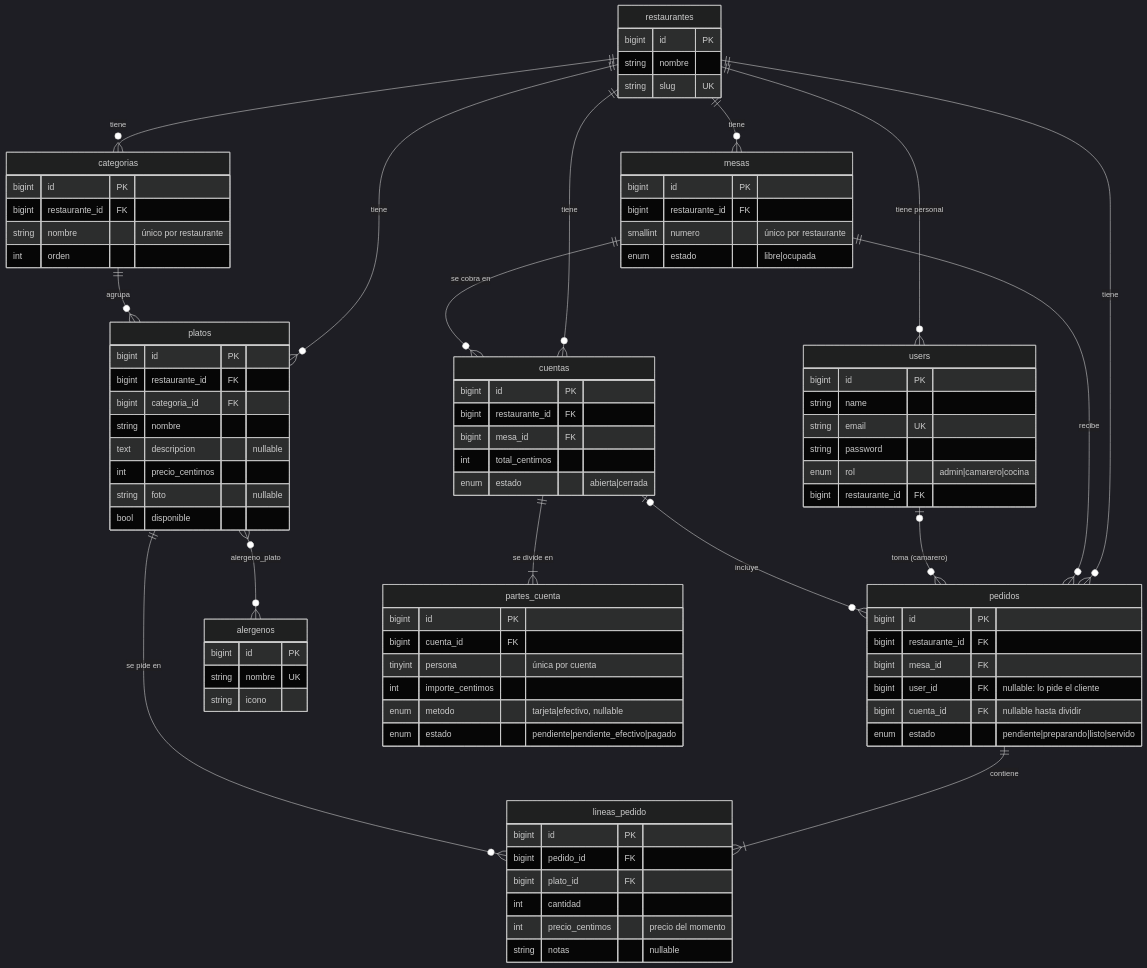
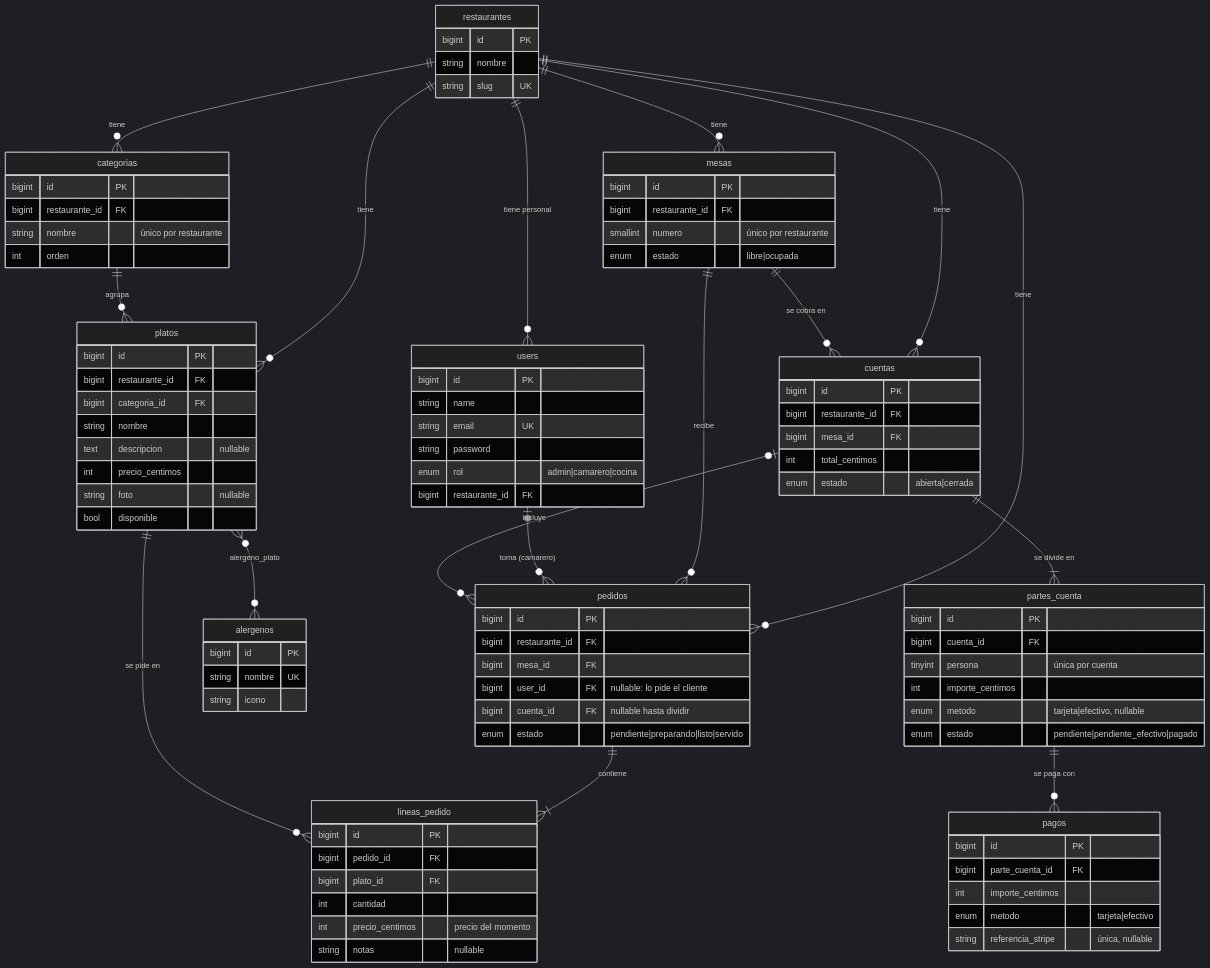
Before and after one commit to K1rb1-30/ProyectoIA_APPWeb: the diagram in docs/03-disseny.md, drawn with Mermaid (dark theme). The commit also changed other lines of this file and 11 other files, not shown here.

Commit message:
Añade el pago con Stripe a la instalación, el diseño, los requisitos y las pruebas

````diff
--- a/docs/03-disseny.md
+++ b/docs/03-disseny.md
@@ -54,6 +54,7 @@
     mesas ||--o{ cuentas : "se cobra en"
     cuentas |o--o{ pedidos : incluye
     cuentas ||--|{ partes_cuenta : "se divide en"
+    partes_cuenta ||--o{ pagos : "se paga con"
 
     restaurantes {
         bigint id PK
@@ -126,4 +127,11 @@
         enum metodo "tarjeta|efectivo, nullable"
         enum estado "pendiente|pendiente_efectivo|pagado"
     }
+    pagos {
+        bigint id PK
+        bigint parte_cuenta_id FK
+        int importe_centimos
+        enum metodo "tarjeta|efectivo"
+        string referencia_stripe "única, nullable"
+    }
 ```
````
